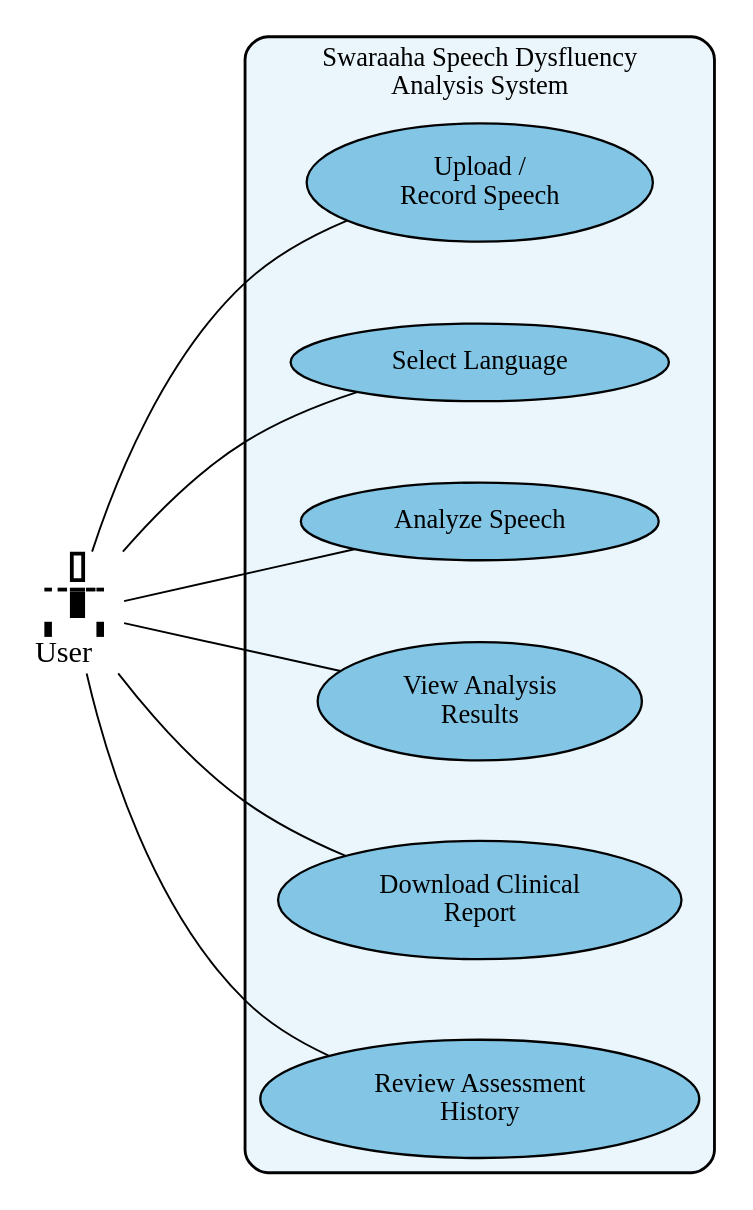
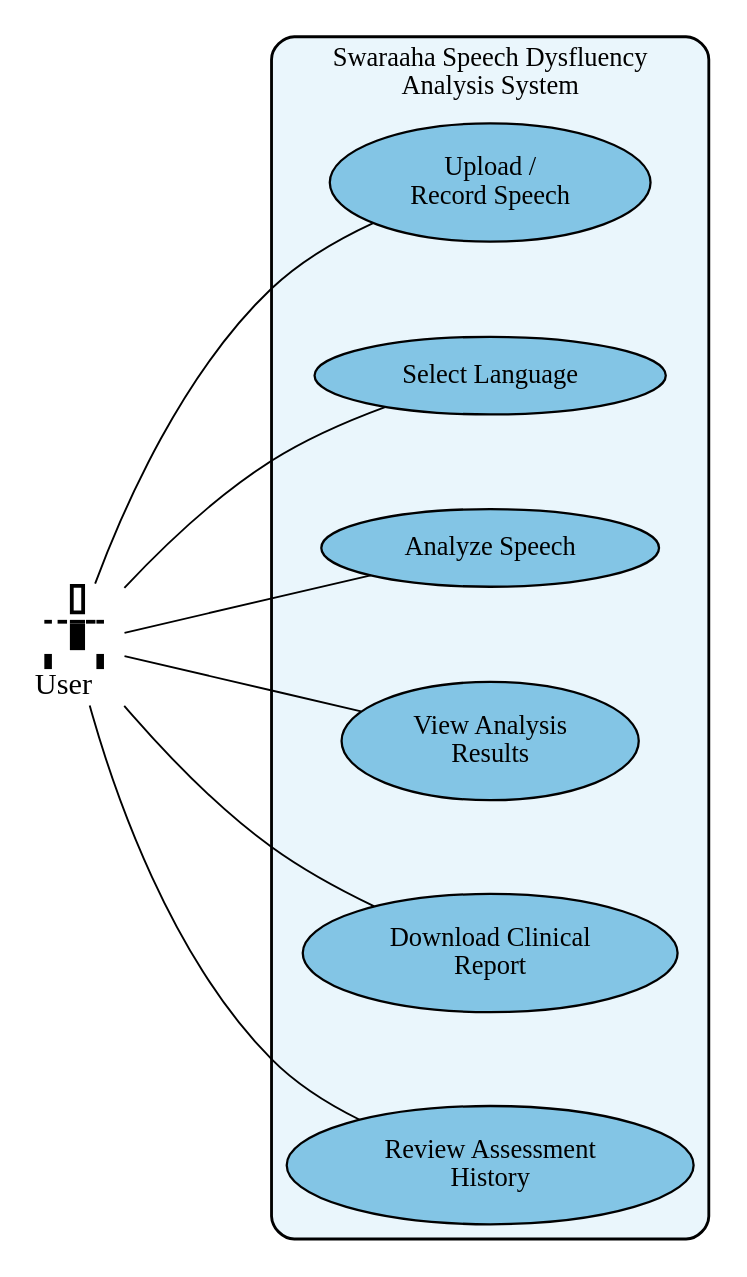
One commit to chethanbhat7/Swaraaha changed the diagram in docs/diagrams/03-use-case-diagram.dot. Above: the diagram before and after it, drawn with Graphviz. The commit also changed 25 other files, not shown here.

Commit message:
Update diagrams: increase font sizes, use Times New Roman, replace workflow diagram

```diff
--- a/docs/diagrams/03-use-case-diagram.dot
+++ b/docs/diagrams/03-use-case-diagram.dot
@@ -1,74 +1,74 @@
 // Swaraaha — Use Case Diagram (essence, simplified for report legibility).
 // A single runtime actor (User) + the essential use cases inside the system boundary.
 digraph SwaraahaUseCaseDiagram {
 
     // ---- global style (shared across all diagrams) ----
-    fontname = "Times-Roman";
-    fontsize = 16;
+    fontname = "Times New Roman";
+    fontsize = 18;
     rankdir = LR;
-    nodesep = 0.6;
-    ranksep = 1.0;
+    nodesep = 0.7;
+    ranksep = 1.2;
     bgcolor = "white";
     compound = true;
 
     edge [
         color = "black",
-        fontname = "Times-Roman",
-        fontsize = 13,
-        arrowsize = 0.9
+        fontname = "Times New Roman",
+        fontsize = 15,
+        arrowsize = 1.0
     ];
 
     // ======== actor: UML stick figure (single node, outside system boundary) ========
     // Drawn with an HTML-table label; no external images or extra nodes are needed.
     user [
         shape = plaintext,
         margin = 0,
         label = <<TABLE BORDER="0" CELLBORDER="0" CELLSPACING="0" CELLPADDING="0">
             <TR><TD FIXEDSIZE="TRUE" WIDTH="4" HEIGHT="16"></TD><TD FIXEDSIZE="TRUE" WIDTH="5" HEIGHT="16"></TD><TD FIXEDSIZE="TRUE" BORDER="2" WIDTH="8" HEIGHT="16"></TD><TD FIXEDSIZE="TRUE" WIDTH="5" HEIGHT="16"></TD><TD FIXEDSIZE="TRUE" WIDTH="4" HEIGHT="16"></TD></TR>
             <TR><TD FIXEDSIZE="TRUE" WIDTH="4" HEIGHT="3"></TD><TD FIXEDSIZE="TRUE" WIDTH="5" HEIGHT="3"></TD><TD FIXEDSIZE="TRUE" WIDTH="8" HEIGHT="3"></TD><TD FIXEDSIZE="TRUE" WIDTH="5" HEIGHT="3"></TD><TD FIXEDSIZE="TRUE" WIDTH="4" HEIGHT="3"></TD></TR>
             <TR><TD FIXEDSIZE="TRUE" WIDTH="4" HEIGHT="2" BGCOLOR="black"></TD><TD FIXEDSIZE="TRUE" WIDTH="5" HEIGHT="2" BGCOLOR="black"></TD><TD FIXEDSIZE="TRUE" WIDTH="8" HEIGHT="2" BGCOLOR="black"></TD><TD FIXEDSIZE="TRUE" WIDTH="5" HEIGHT="2" BGCOLOR="black"></TD><TD FIXEDSIZE="TRUE" WIDTH="4" HEIGHT="2" BGCOLOR="black"></TD></TR>
             <TR><TD FIXEDSIZE="TRUE" WIDTH="4" HEIGHT="14"></TD><TD FIXEDSIZE="TRUE" WIDTH="5" HEIGHT="14"></TD><TD FIXEDSIZE="TRUE" WIDTH="8" HEIGHT="14" BGCOLOR="black"></TD><TD FIXEDSIZE="TRUE" WIDTH="5" HEIGHT="14"></TD><TD FIXEDSIZE="TRUE" WIDTH="4" HEIGHT="14"></TD></TR>
             <TR><TD FIXEDSIZE="TRUE" WIDTH="4" HEIGHT="2"></TD><TD FIXEDSIZE="TRUE" WIDTH="5" HEIGHT="2"></TD><TD FIXEDSIZE="TRUE" WIDTH="8" HEIGHT="2"></TD><TD FIXEDSIZE="TRUE" WIDTH="5" HEIGHT="2"></TD><TD FIXEDSIZE="TRUE" WIDTH="4" HEIGHT="2"></TD></TR>
             <TR><TD FIXEDSIZE="TRUE" WIDTH="4" HEIGHT="8" BGCOLOR="black"></TD><TD FIXEDSIZE="TRUE" WIDTH="5" HEIGHT="8"></TD><TD FIXEDSIZE="TRUE" WIDTH="8" HEIGHT="8"></TD><TD FIXEDSIZE="TRUE" WIDTH="5" HEIGHT="8"></TD><TD FIXEDSIZE="TRUE" WIDTH="4" HEIGHT="8" BGCOLOR="black"></TD></TR>
             <TR><TD FIXEDSIZE="TRUE" COLSPAN="5" WIDTH="34" HEIGHT="19"><FONT FACE="Times-Roman" POINT-SIZE="16">User</FONT></TD></TR>
         </TABLE>>
     ];
 
     // ================= system boundary =================
     subgraph cluster_system {
         label = "Swaraaha Speech Dysfluency\nAnalysis System";
         style = "rounded,filled";
         fillcolor = "#EAF6FC";
         color = "black";
-        fontname = "Times-Roman";
+        fontname = "Times New Roman";
         fontsize = 14;
         pencolor = "black";
         penwidth = 1.5;
 
         node [
             shape = ellipse,
             style = "filled",
             fillcolor = "#83C5E5",
             color = "black",
-            fontname = "Times-Roman",
+            fontname = "Times New Roman",
             fontsize = 14,
             penwidth = 1.2,
             margin = "0.15,0.1"
         ];
 
         uc_upload   [label = "Upload /\nRecord Speech"];
         uc_language [label = "Select Language"];
         uc_analyze  [label = "Analyze Speech"];
         uc_severity [label = "View Analysis\nResults"];
         uc_report   [label = "Download Clinical\nReport"];
         uc_history  [label = "Review Assessment\nHistory"];
     }
 
     // ================= associations (no arrowheads) =================
     user      -> uc_upload    [dir = none];
     user      -> uc_language  [dir = none];
     user      -> uc_analyze   [dir = none];
     user      -> uc_severity  [dir = none];
     user      -> uc_report    [dir = none];
     user      -> uc_history   [dir = none];
 }
```
